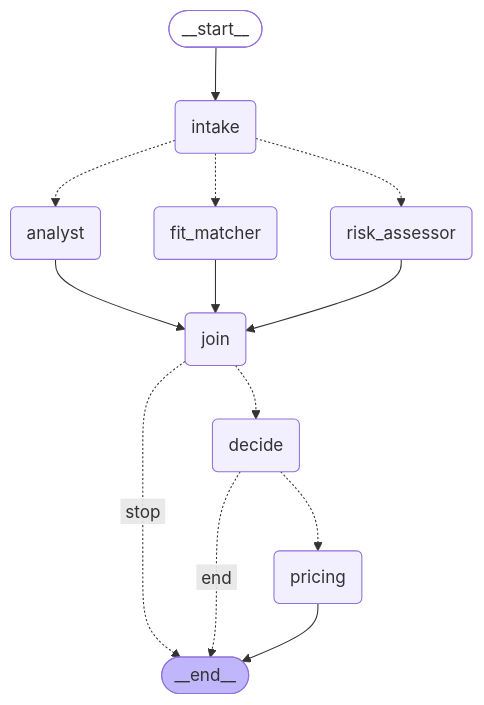
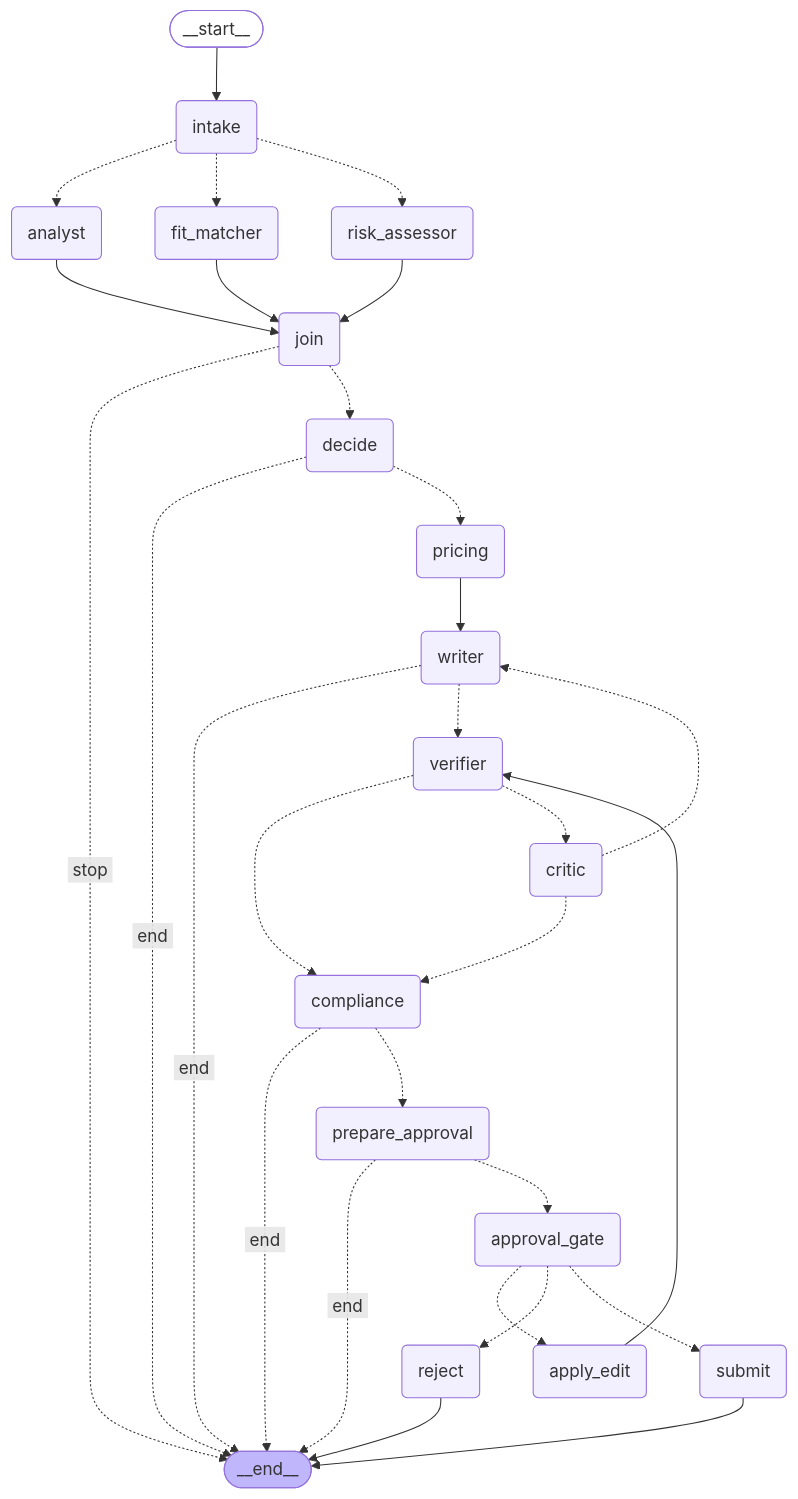
One commit to muqarrab-k/GigBid-A-Multi-Agent-Freelancer-Copilot changed the diagram in docs/ARCHITECTURE.md. Above: the diagram before and after it, drawn with Mermaid. The commit also changed other lines of this file and 14 other files, not shown here.

Commit message:
crash/resume demo, replay, proposal eval runner and full graph docs

````diff
--- a/docs/ARCHITECTURE.md
+++ b/docs/ARCHITECTURE.md
@@ -18,27 +18,52 @@
 ```mermaid
 graph TD;
 	__start__([<p>__start__</p>]):::first
 	intake(intake)
 	analyst(analyst)
 	risk_assessor(risk_assessor)
 	fit_matcher(fit_matcher)
 	join(join)
 	decide(decide)
 	pricing(pricing)
+	writer(writer)
+	verifier(verifier)
+	critic(critic)
+	compliance(compliance)
+	prepare_approval(prepare_approval)
+	approval_gate(approval_gate)
+	apply_edit(apply_edit)
+	reject(reject)
+	submit(submit)
 	__end__([<p>__end__</p>]):::last
 	__start__ --> intake;
 	analyst --> join;
+	apply_edit --> verifier;
+	approval_gate -.-> apply_edit;
+	approval_gate -.-> reject;
+	approval_gate -.-> submit;
+	compliance -. &nbsp;end&nbsp; .-> __end__;
+	compliance -.-> prepare_approval;
+	critic -.-> compliance;
+	critic -.-> writer;
 	decide -. &nbsp;end&nbsp; .-> __end__;
 	decide -.-> pricing;
 	fit_matcher --> join;
 	intake -.-> analyst;
 	intake -.-> fit_matcher;
 	intake -.-> risk_assessor;
 	join -. &nbsp;stop&nbsp; .-> __end__;
 	join -.-> decide;
+	prepare_approval -. &nbsp;end&nbsp; .-> __end__;
+	prepare_approval -.-> approval_gate;
+	pricing --> writer;
 	risk_assessor --> join;
-	pricing --> __end__;
+	verifier -.-> compliance;
+	verifier -.-> critic;
+	writer -. &nbsp;end&nbsp; .-> __end__;
+	writer -.-> verifier;
+	reject --> __end__;
+	submit --> __end__;
 	classDef default fill:#f2f0ff,line-height:1.2
 	classDef first fill-opacity:0
 	classDef last fill:#bfb6fc
 ```
````
